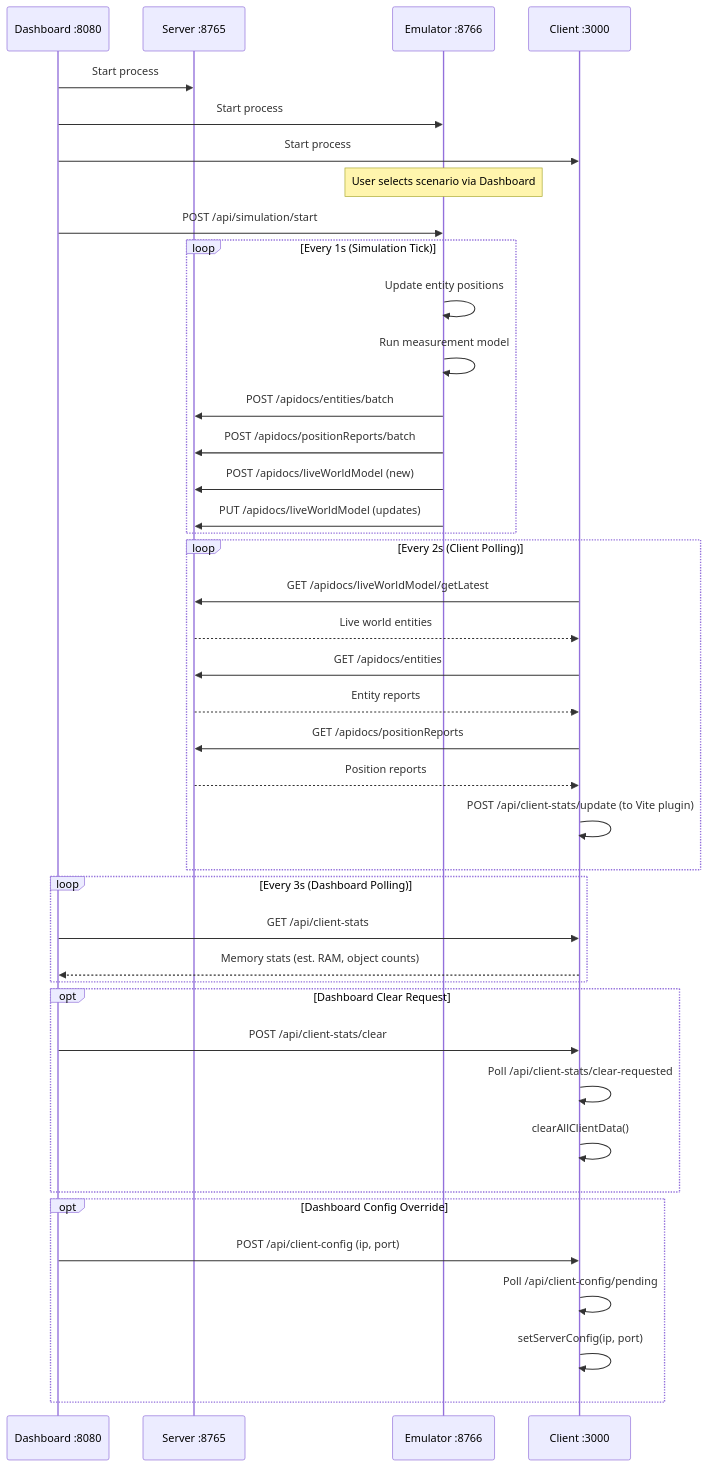
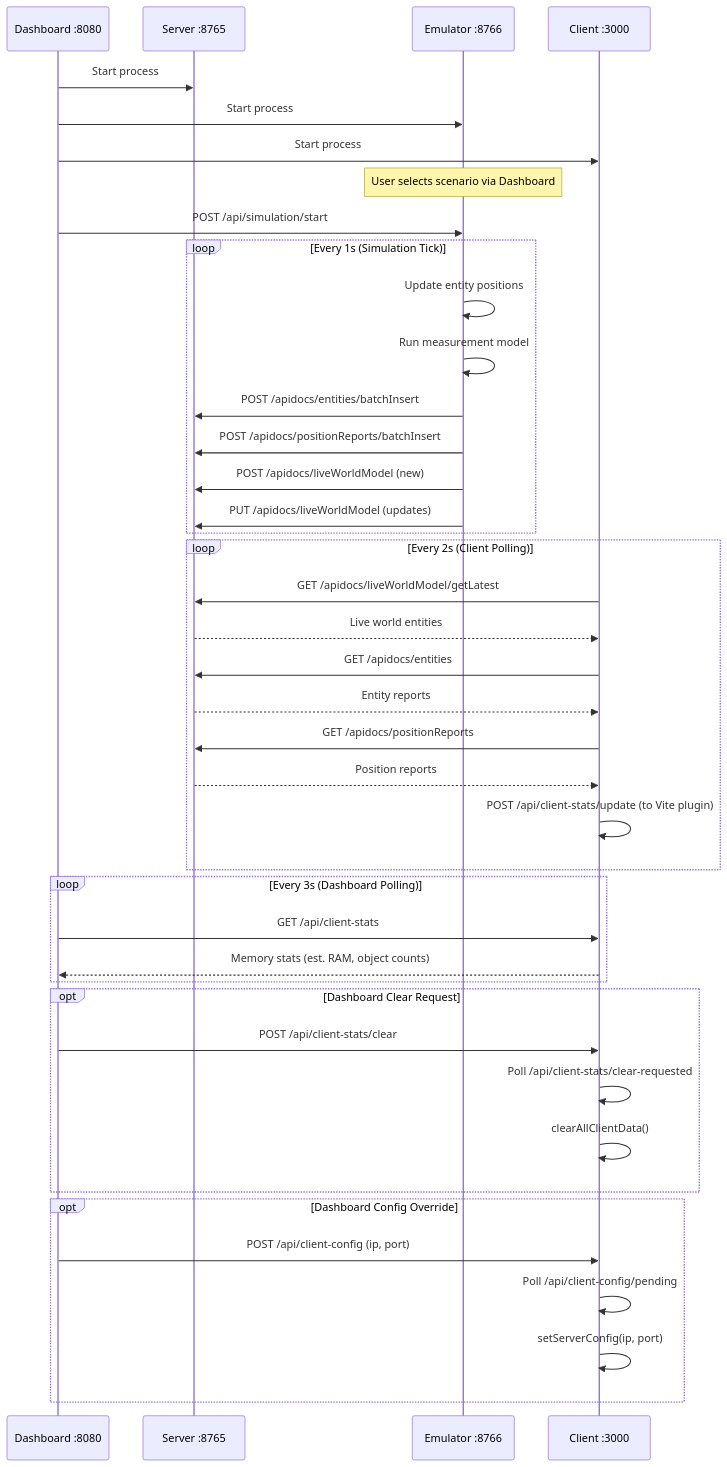
The second of 2 diagrams in docs/system-architecture-diagram.md (ericpauls/disco_workspace), drawn with Mermaid before and after one commit. The commit also changed 3 other files, not shown here.

````diff
--- a/docs/system-architecture-diagram.md
+++ b/docs/system-architecture-diagram.md
@@ -78,51 +78,51 @@
 ```mermaid
 sequenceDiagram
     participant D as Dashboard :8080
     participant S as Server :8765
     participant E as Emulator :8766
     participant C as Client :3000
 
     D->>S: Start process
     D->>E: Start process
     D->>C: Start process
 
     Note over E: User selects scenario via Dashboard
     D->>E: POST /api/simulation/start
 
     loop Every 1s (Simulation Tick)
         E->>E: Update entity positions
         E->>E: Run measurement model
 
-        E->>S: POST /apidocs/entities/batch
-        E->>S: POST /apidocs/positionReports/batch
+        E->>S: POST /apidocs/entities/batchInsert
+        E->>S: POST /apidocs/positionReports/batchInsert
         E->>S: POST /apidocs/liveWorldModel (new)
         E->>S: PUT /apidocs/liveWorldModel (updates)
     end
 
     loop Every 2s (Client Polling)
         C->>S: GET /apidocs/liveWorldModel/getLatest
         S-->>C: Live world entities
         C->>S: GET /apidocs/entities
         S-->>C: Entity reports
         C->>S: GET /apidocs/positionReports
         S-->>C: Position reports
         C->>C: POST /api/client-stats/update (to Vite plugin)
     end
 
     loop Every 3s (Dashboard Polling)
         D->>C: GET /api/client-stats
         C-->>D: Memory stats (est. RAM, object counts)
     end
 
     opt Dashboard Clear Request
         D->>C: POST /api/client-stats/clear
         C->>C: Poll /api/client-stats/clear-requested
         C->>C: clearAllClientData()
     end
 
     opt Dashboard Config Override
         D->>C: POST /api/client-config (ip, port)
         C->>C: Poll /api/client-config/pending
         C->>C: setServerConfig(ip, port)
     end
 ```
````
